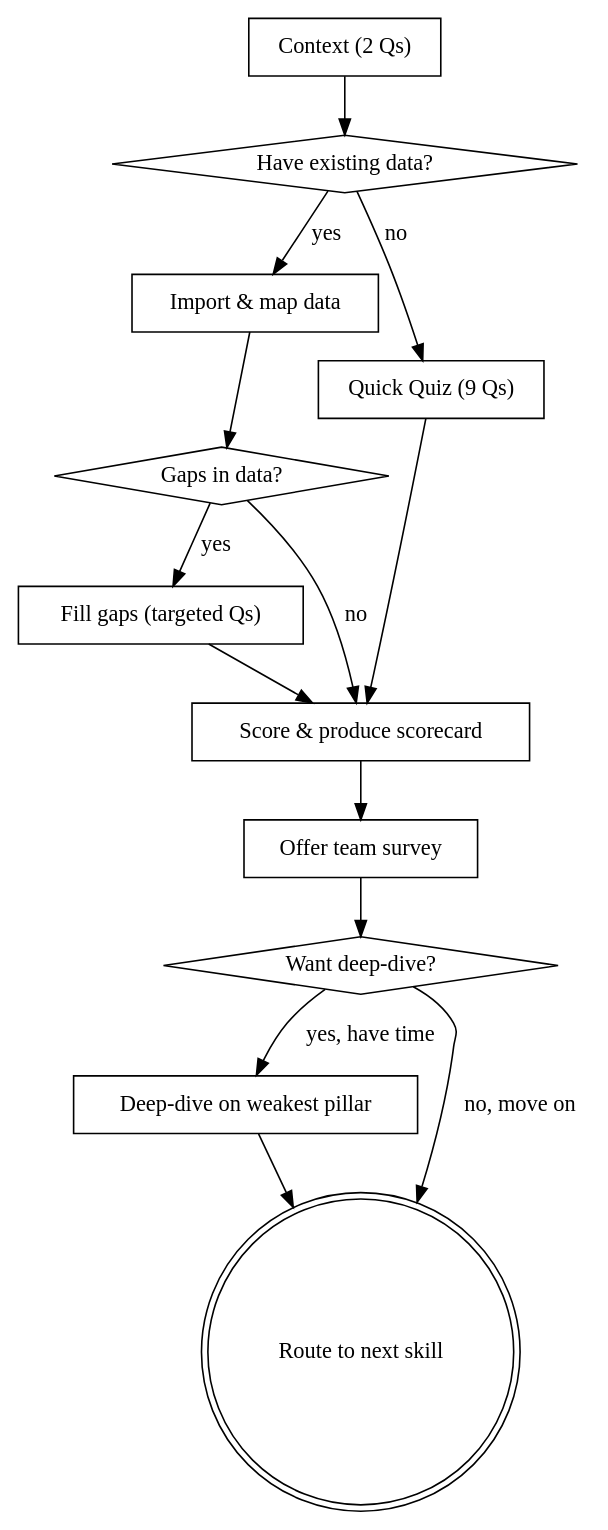
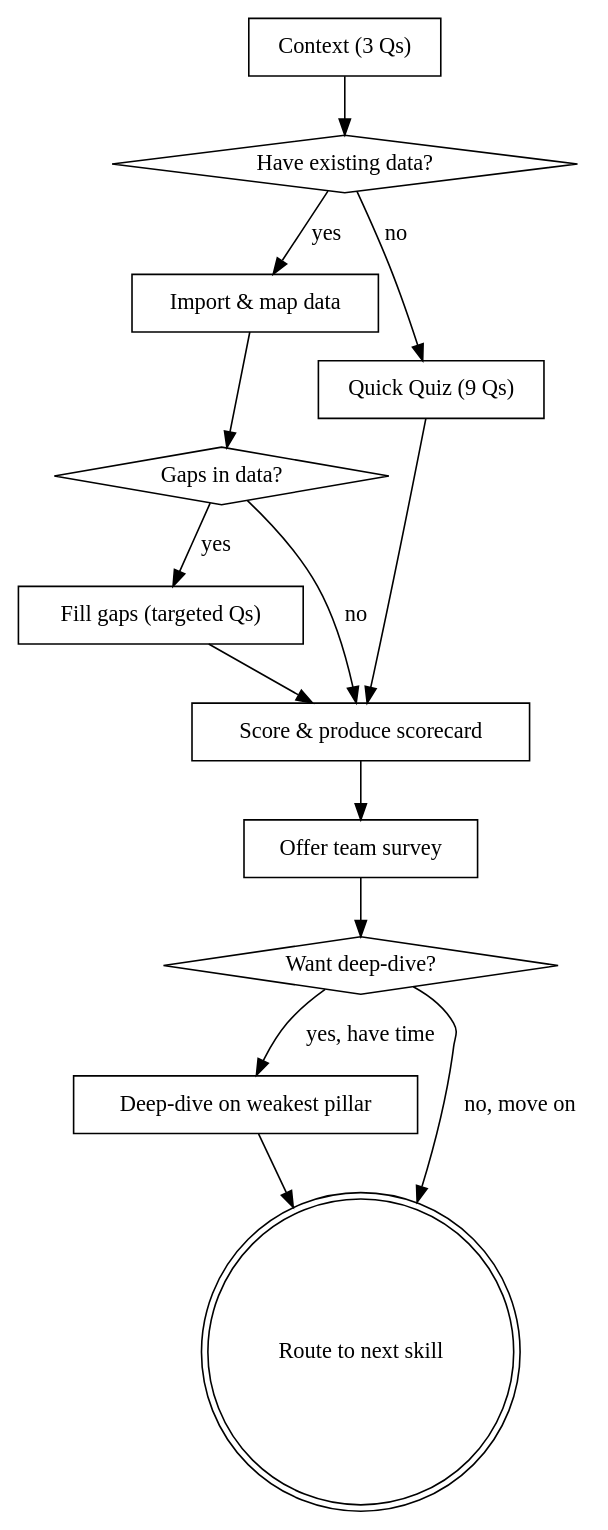
One commit to adimango/ai-adoption-playbook changed the diagram in skills/fluency-assessment/SKILL.md. Above: the diagram before and after it, drawn with Graphviz. The commit also changed other lines of this file and 5 other files, not shown here.

````diff
--- a/skills/fluency-assessment/SKILL.md
+++ b/skills/fluency-assessment/SKILL.md
@@ -18,29 +18,29 @@
 ```dot
 digraph fluency {
-    "Context (2 Qs)" [shape=box];
+    "Context (3 Qs)" [shape=box];
     "Have existing data?" [shape=diamond];
     "Import & map data" [shape=box];
     "Gaps in data?" [shape=diamond];
     "Fill gaps (targeted Qs)" [shape=box];
     "Quick Quiz (9 Qs)" [shape=box];
     "Score & produce scorecard" [shape=box];
     "Offer team survey" [shape=box];
     "Want deep-dive?" [shape=diamond];
     "Deep-dive on weakest pillar" [shape=box];
     "Route to next skill" [shape=doublecircle];
 
-    "Context (2 Qs)" -> "Have existing data?";
+    "Context (3 Qs)" -> "Have existing data?";
     "Have existing data?" -> "Import & map data" [label="yes"];
     "Have existing data?" -> "Quick Quiz (9 Qs)" [label="no"];
     "Import & map data" -> "Gaps in data?";
     "Gaps in data?" -> "Fill gaps (targeted Qs)" [label="yes"];
     "Gaps in data?" -> "Score & produce scorecard" [label="no"];
     "Fill gaps (targeted Qs)" -> "Score & produce scorecard";
     "Quick Quiz (9 Qs)" -> "Score & produce scorecard";
     "Score & produce scorecard" -> "Offer team survey";
     "Offer team survey" -> "Want deep-dive?";
     "Want deep-dive?" -> "Deep-dive on weakest pillar" [label="yes, have time"];
     "Want deep-dive?" -> "Route to next skill" [label="no, move on"];
     "Deep-dive on weakest pillar" -> "Route to next skill";
 }
 ```
````
